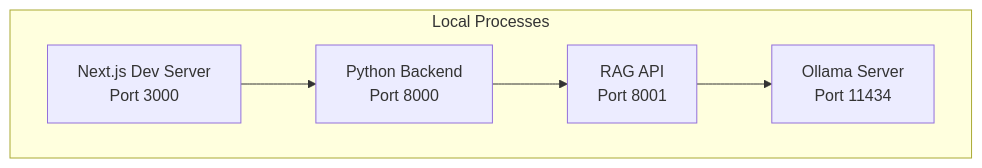
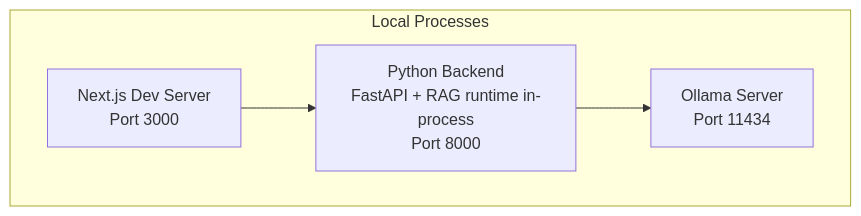
Before and after one commit to PromtEngineer/localGPT: the second of 2 diagrams in Documentation/deployment_guide.md, drawn with Mermaid. The commit also changed other lines of this file and 21 other files, not shown here.

First line of the commit message:
Retire the standalone RAG API (port 8001)

````diff
--- a/Documentation/deployment_guide.md
+++ b/Documentation/deployment_guide.md
@@ -314,13 +308,11 @@
 ```mermaid
 graph TB
     subgraph "Local Processes"
         Frontend[Next.js Dev Server<br/>Port 3000]
-        Backend[Python Backend<br/>Port 8000]
-        RAG[RAG API<br/>Port 8001]
+        Backend[Python Backend<br/>FastAPI + RAG runtime in-process<br/>Port 8000]
         Ollama[Ollama Server<br/>Port 11434]
     end
     
     Frontend --> Backend
-    Backend --> RAG
-    RAG --> Ollama
+    Backend --> Ollama
 ```
````
